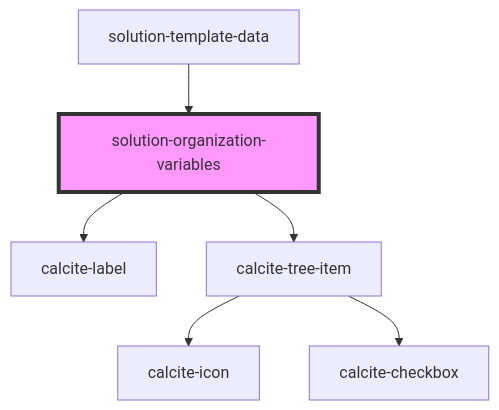
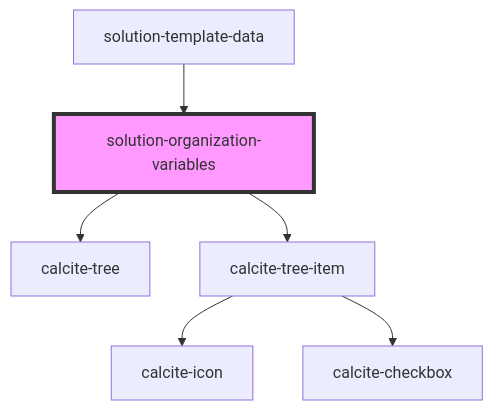
One commit to Esri/solutions-components changed the diagram in src/components/solution-organization-variables/readme.md. Above: the diagram before and after it, drawn with Mermaid. The commit also changed other lines of this file and 31 other files, not shown here.

````diff
--- a/src/components/solution-organization-variables/readme.md
+++ b/src/components/solution-organization-variables/readme.md
@@ -34,9 +34,9 @@
 ```mermaid
 graph TD;
-  solution-organization-variables --> calcite-label
+  solution-organization-variables --> calcite-tree
   solution-organization-variables --> calcite-tree-item
   calcite-tree-item --> calcite-icon
   calcite-tree-item --> calcite-checkbox
   solution-template-data --> solution-organization-variables
   style solution-organization-variables fill:#f9f,stroke:#333,stroke-width:4px
 ```
````
